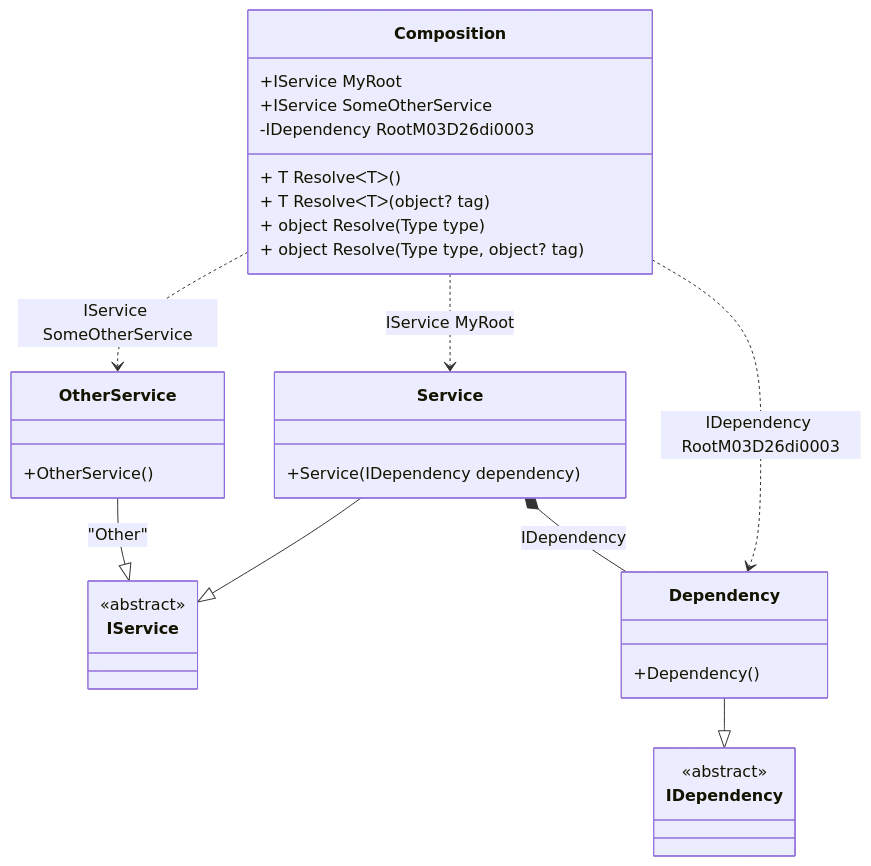
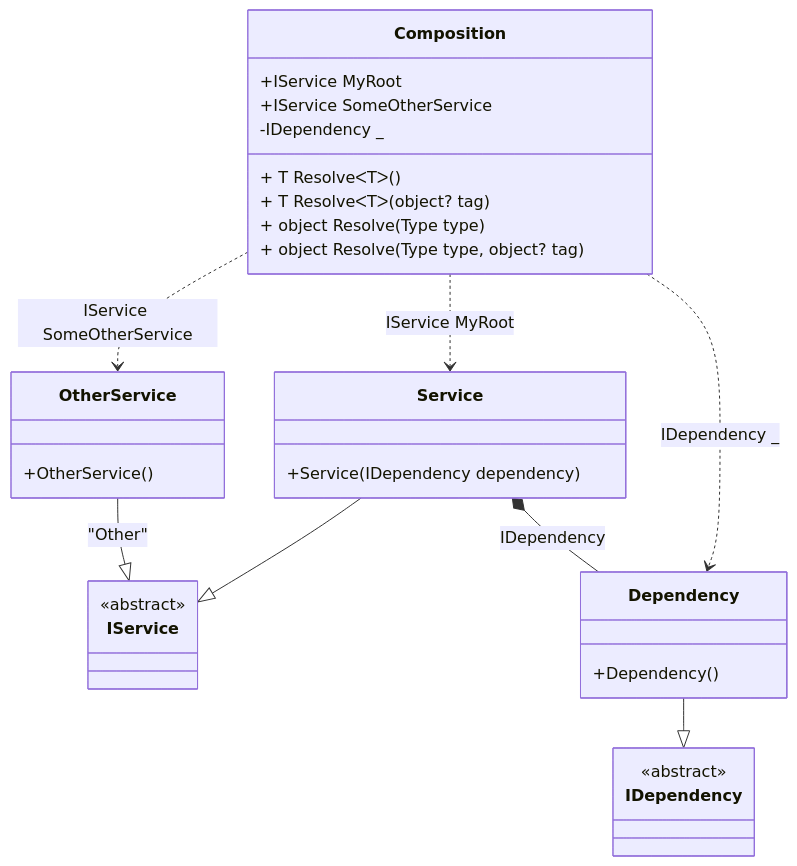
The diagram in readme/composition-roots.md (DevTeam/Pure.DI), drawn with Mermaid before and after one commit. The commit also changed other lines of this file and 93 other files, not shown here.

````diff
--- a/readme/composition-roots.md
+++ b/readme/composition-roots.md
@@ -69,34 +69,34 @@
 ```mermaid
 classDiagram
   class Composition {
     +IService MyRoot
     +IService SomeOtherService
-    -IDependency RootM03D26di0003
+    -IDependency _
     + T ResolveᐸTᐳ()
     + T ResolveᐸTᐳ(object? tag)
     + object Resolve(Type type)
     + object Resolve(Type type, object? tag)
   }
   Service --|> IService : 
   class Service {
     +Service(IDependency dependency)
   }
   OtherService --|> IService : "Other" 
   class OtherService {
     +OtherService()
   }
   Dependency --|> IDependency : 
   class Dependency {
     +Dependency()
   }
   class IService {
     <<abstract>>
   }
   class IDependency {
     <<abstract>>
   }
   Service *--  Dependency : IDependency
   Composition ..> OtherService : IService SomeOtherService
   Composition ..> Service : IService MyRoot
-  Composition ..> Dependency : IDependency RootM03D26di0003
+  Composition ..> Dependency : IDependency _
 ```
````
